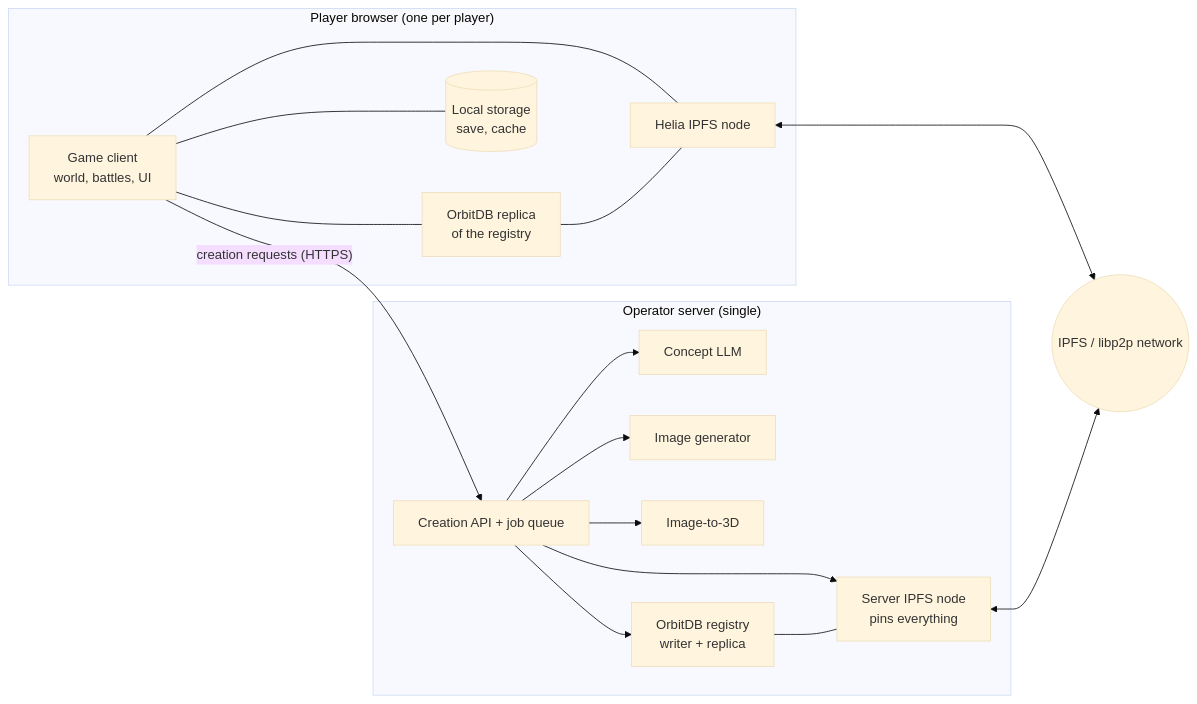
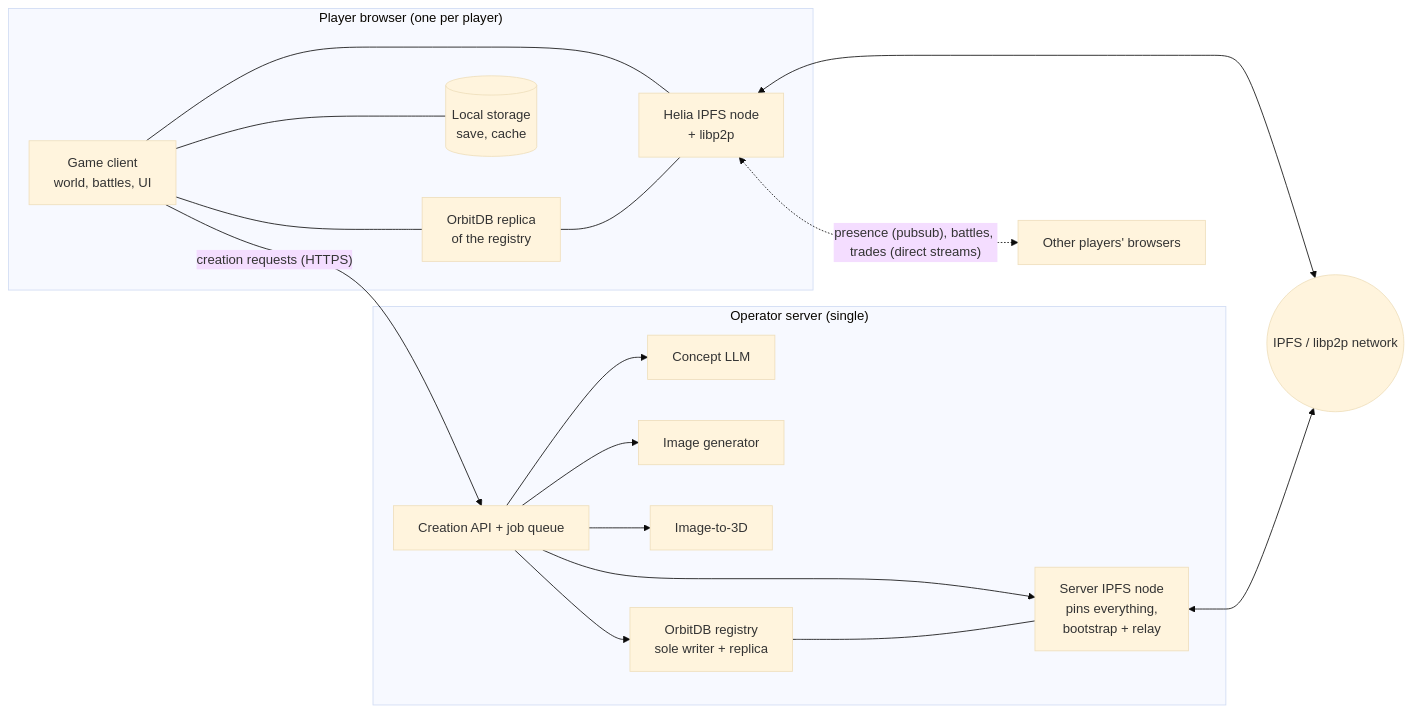
One commit to markusklock/peerling-spec changed the diagram in wiki/tech/architecture.md. Above: the diagram before and after it, drawn with Mermaid (base theme). The commit also changed other lines of this file and 31 other files, not shown here.

````diff
--- a/wiki/tech/architecture.md
+++ b/wiki/tech/architecture.md
@@ -25,29 +27,30 @@
 ```mermaid
 flowchart LR
   subgraph Browser["Player browser (one per player)"]
     G[Game client<br/>world, battles, UI]
-    H[Helia IPFS node]
+    H[Helia IPFS node<br/>+ libp2p]
     O[OrbitDB replica<br/>of the registry]
     L[(Local storage<br/>save, cache)]
     G --- H
     G --- O
     G --- L
     O --- H
   end
   subgraph Server["Operator server (single)"]
     API[Creation API + job queue]
     LLM[Concept LLM]
     IMG[Image generator]
     T3D[Image-to-3D]
-    SN[Server IPFS node<br/>pins everything]
-    SO[OrbitDB registry<br/>writer + replica]
+    SN[Server IPFS node<br/>pins everything,<br/>bootstrap + relay]
+    SO[OrbitDB registry<br/>sole writer + replica]
     API --> LLM & IMG & T3D
     API --> SN
     API --> SO
     SO --- SN
   end
   NET((IPFS / libp2p network))
   H <--> NET
   SN <--> NET
+  H <-. "presence (pubsub), battles, trades (direct streams)" .-> OtherPlayers[Other players' browsers]
   G -- "creation requests (HTTPS)" --> API
 ```
````
